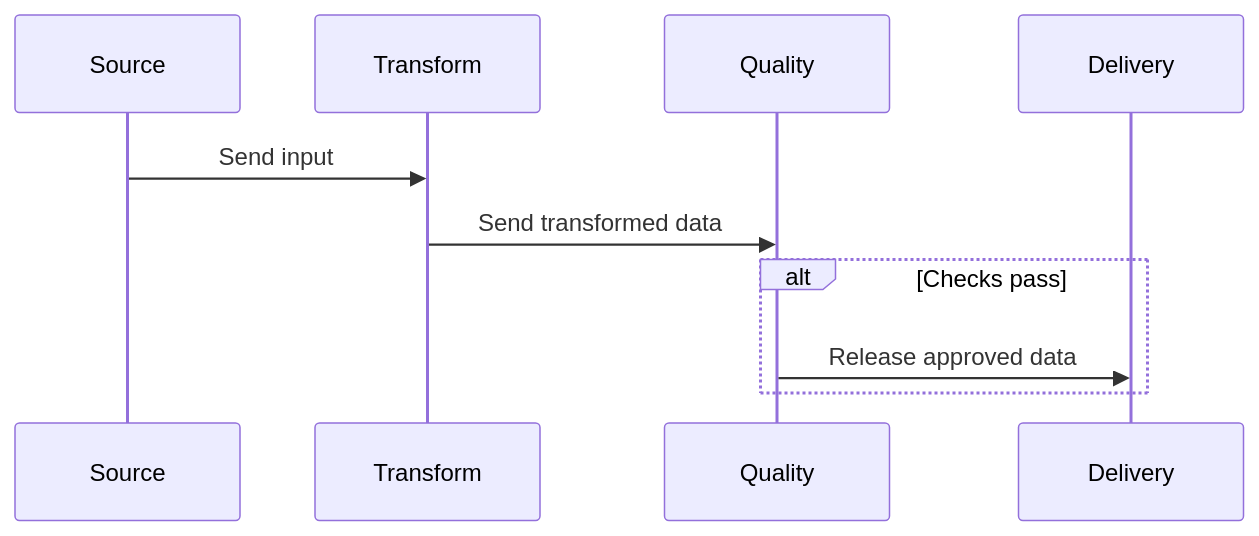
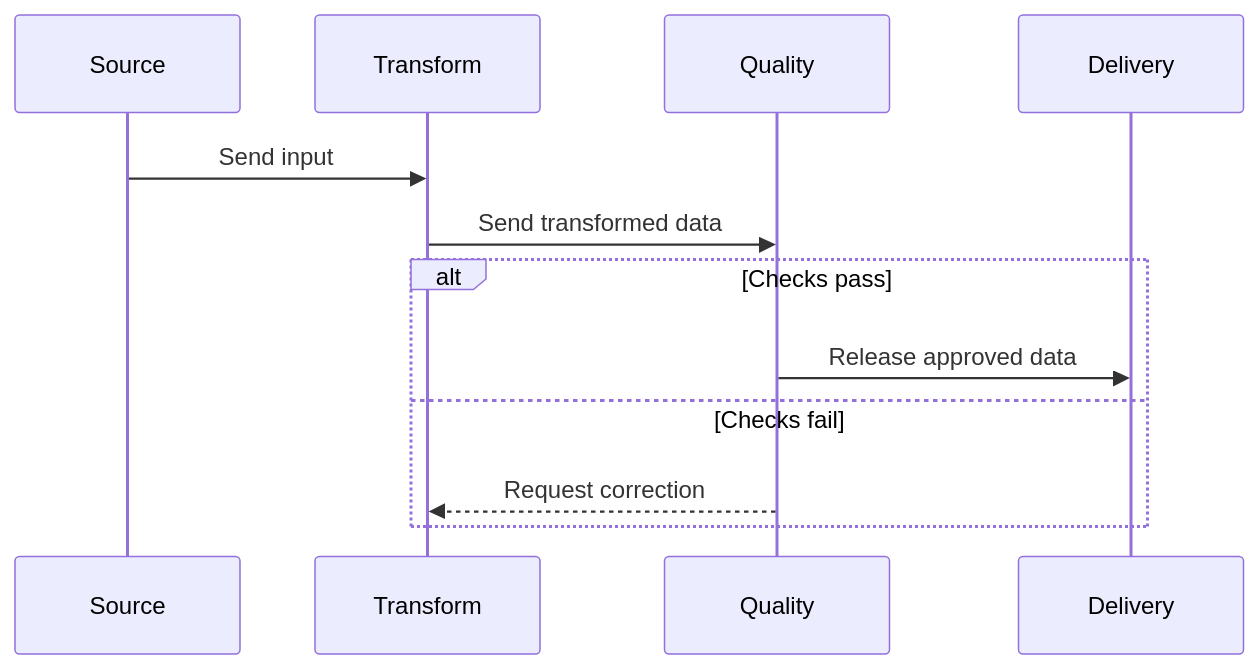
Before and after one commit to mols3131d/mols-agent-assets: the fourth of 4 diagrams in src/rulesync/.rulesync/skills/mols-mermaid-diagram/references/examples/sequence-diagram.md, drawn with Mermaid. The commit also changed other lines of this file and 27 other files, not shown here.

Commit message:
docs(mermaid): diagram examples 단계별 고도화

````diff
--- a/src/rulesync/.rulesync/skills/mols-mermaid-diagram/references/examples/sequence-diagram.md
+++ b/src/rulesync/.rulesync/skills/mols-mermaid-diagram/references/examples/sequence-diagram.md
@@ -97,13 +114,15 @@
 ```mermaid
 sequenceDiagram
     participant Source
     participant Transform
     participant Quality
     participant Delivery
 
     Source->>Transform: Send input
     Transform->>Quality: Send transformed data
     alt Checks pass
         Quality->>Delivery: Release approved data
+    else Checks fail
+        Quality-->>Transform: Request correction
     end
 ```
````
